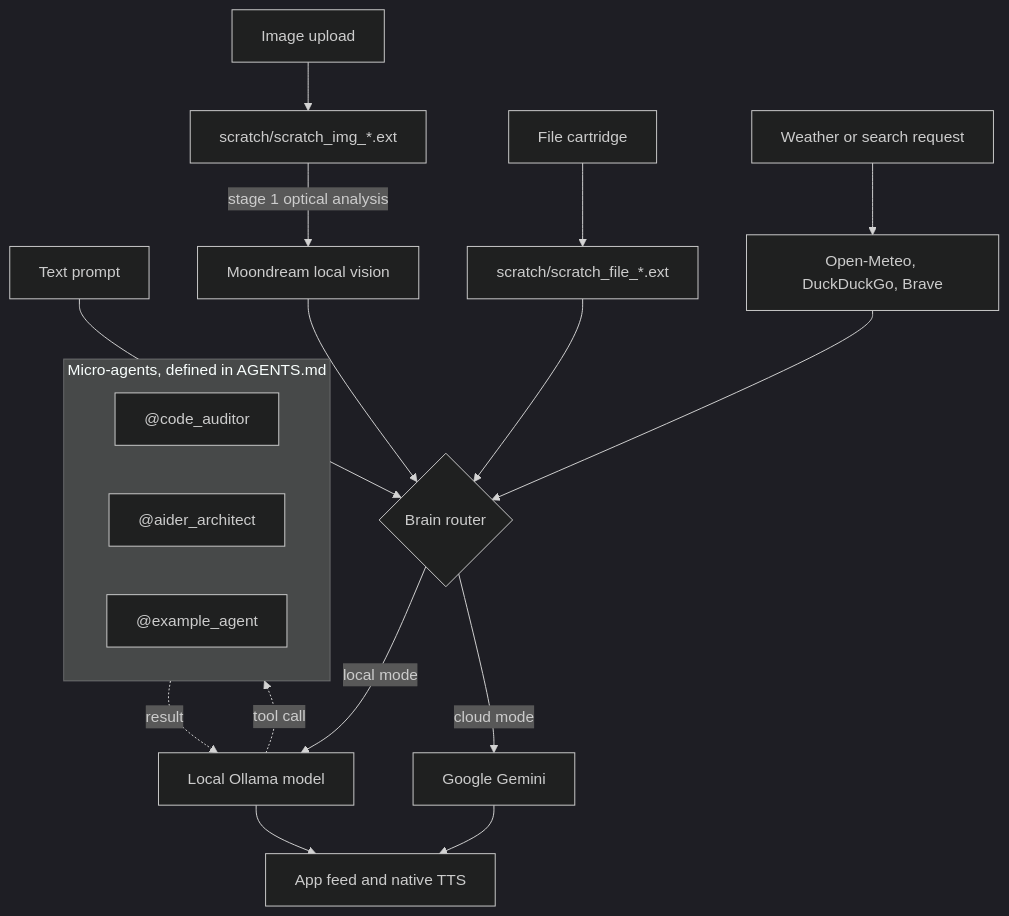
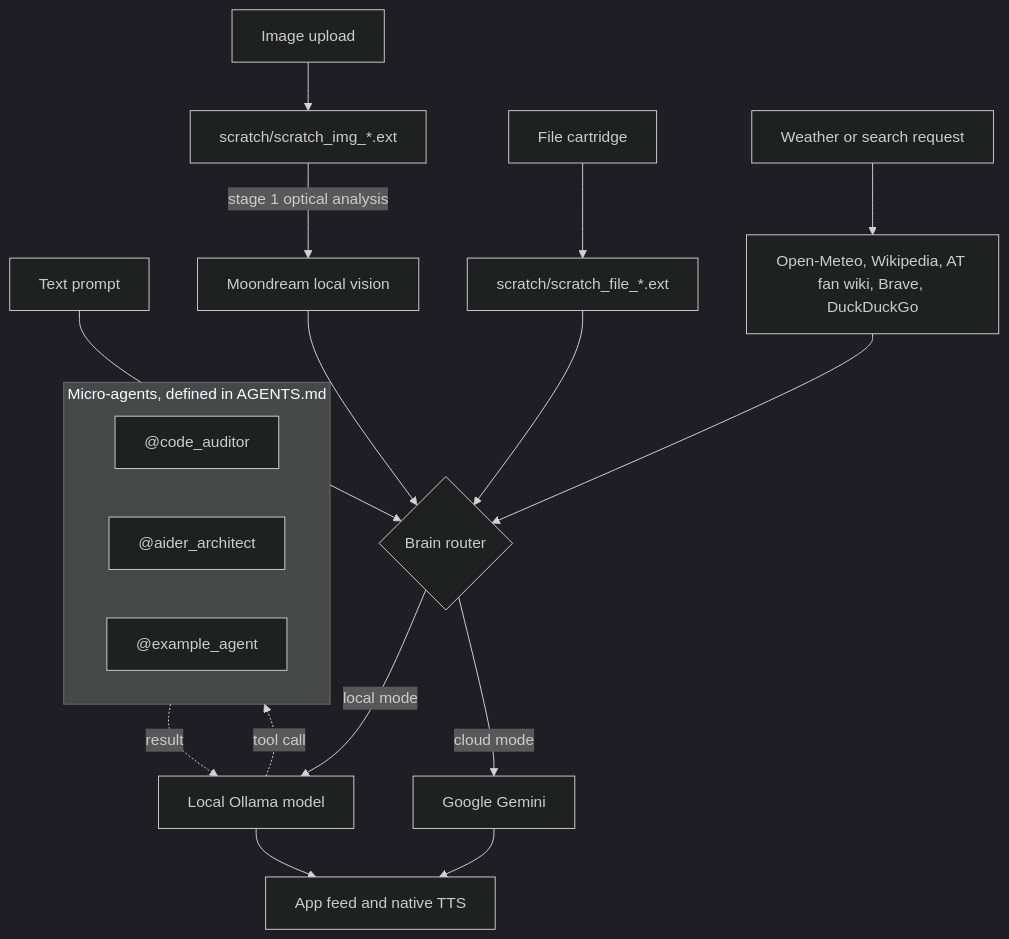
Before and after one commit to Theofiledes/more: the first of 3 diagrams in README.md, drawn with Mermaid (dark theme). The commit also changed other lines of this file and 1 other file, not shown here.

````diff
--- a/README.md
+++ b/README.md
@@ -368,28 +376,28 @@
 ```mermaid
 flowchart TD
     A["Text prompt"] --> R
     B["Image upload"] --> S1["scratch/scratch_img_*.ext"]
     C["File cartridge"] --> S2["scratch/scratch_file_*.ext"]
-    D["Weather or search request"] --> W1["Open-Meteo, DuckDuckGo, Brave"]
+    D["Weather or search request"] --> W1["Open-Meteo, Wikipedia, AT fan wiki, Brave, DuckDuckGo"]
 
     S1 -->|"stage 1 optical analysis"| M1["Moondream local vision"]
     M1 --> R
     S2 --> R
     W1 --> R
 
     R{"Brain router"}
     R -->|"local mode"| L1["Local Ollama model"]
     R -->|"cloud mode"| G1["Google Gemini"]
 
     subgraph AGENTS["Micro-agents, defined in AGENTS.md"]
         AG1["@code_auditor"]
         AG2["@aider_architect"]
         AG3["@example_agent"]
     end
 
     L1 -.->|"tool call"| AGENTS
     AGENTS -.->|"result"| L1
 
     L1 --> UI["App feed and native TTS"]
     G1 --> UI
 ```
````
